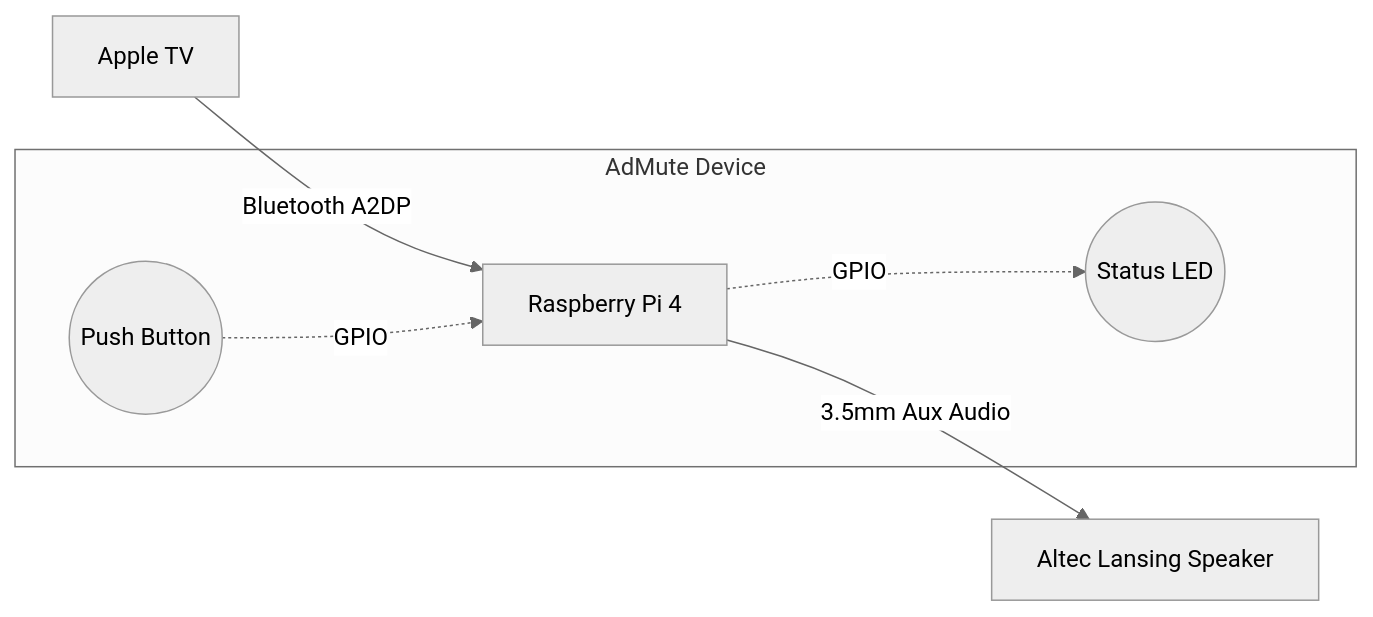
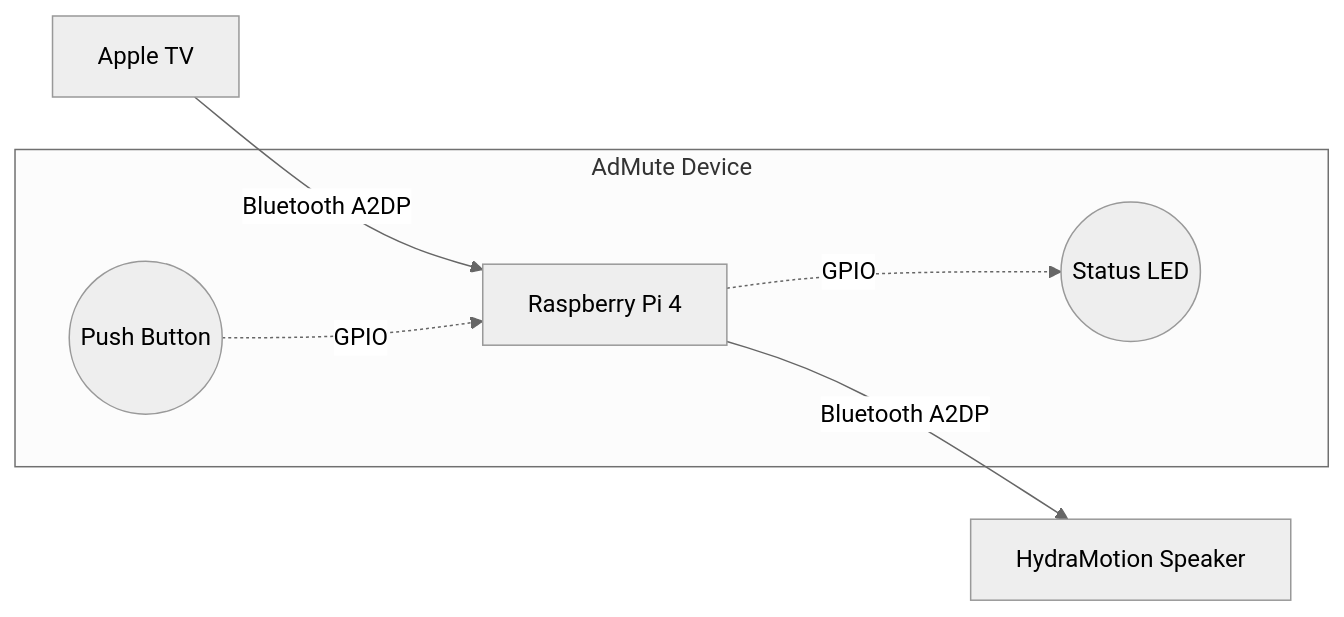
The first of 2 diagrams in docs/ARCHITECTURE.md (whs2k/sanity), drawn with Mermaid (neutral theme) before and after one commit. The commit also changed other lines of this file and 6 other files, not shown here.

Commit message:
Revise Architecture for Dual-BT and YAMNet

````diff
--- a/docs/ARCHITECTURE.md
+++ b/docs/ARCHITECTURE.md
@@ -7,11 +7,11 @@
 ```mermaid
 flowchart LR
     ATV[Apple TV] -->|Bluetooth A2DP| RPI[Raspberry Pi 4]
-    RPI -->|3.5mm Aux Audio| SPK[Altec Lansing Speaker]
+    RPI -->|Bluetooth A2DP| SPK[HydraMotion Speaker]
     
     subgraph AdMute Device
     RPI
     BTN((Push Button)) -.->|GPIO| RPI
     RPI -.->|GPIO| LED((Status LED))
     end
 ```
````
